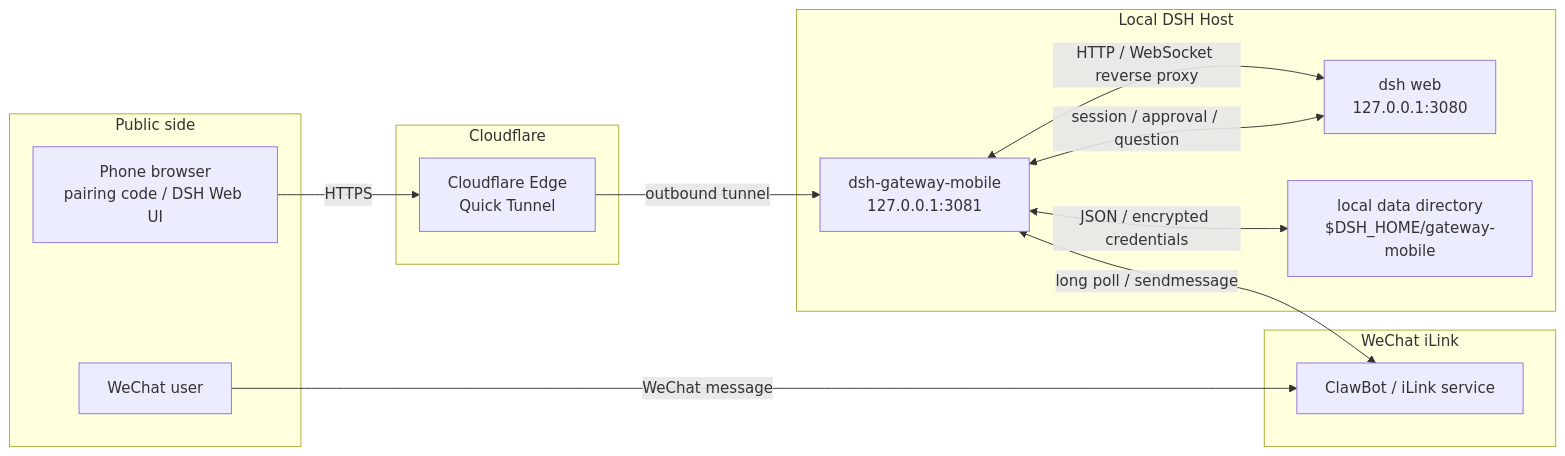
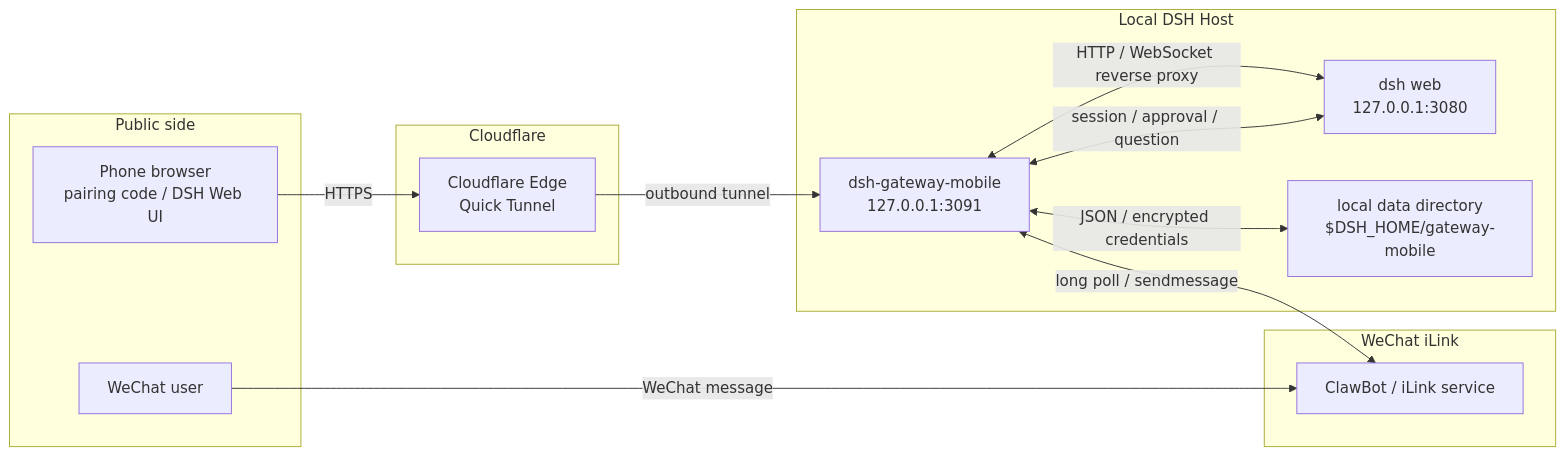
Before and after one commit to open2ai/dsh-gateway-mobile: the first of 10 diagrams in docs/architecture-flow.md, drawn with Mermaid. The commit also changed other lines of this file and 39 other files, not shown here.

````diff
--- a/docs/architecture-flow.md
+++ b/docs/architecture-flow.md
@@ -24,29 +24,29 @@
 ```mermaid
 flowchart LR
   subgraph Public["Public side"]
     Phone["Phone browser<br/>pairing code / DSH Web UI"]
     WeChatUser["WeChat user"]
   end
 
   subgraph CF["Cloudflare"]
     Edge["Cloudflare Edge<br/>Quick Tunnel"]
   end
 
   subgraph ILink["WeChat iLink"]
     WX["ClawBot / iLink service"]
   end
 
   subgraph Host["Local DSH Host"]
-    GW["dsh-gateway-mobile<br/>127.0.0.1:3081"]
+    GW["dsh-gateway-mobile<br/>127.0.0.1:3091"]
     DSH["dsh web<br/>127.0.0.1:3080"]
     FS["local data directory<br/>$DSH_HOME/gateway-mobile"]
   end
 
   Phone -->|HTTPS| Edge
   Edge -->|outbound tunnel| GW
   WeChatUser -->|WeChat message| WX
   GW <-->|long poll / sendmessage| WX
   GW <-->|HTTP / WebSocket reverse proxy| DSH
   GW <-->|JSON / encrypted credentials| FS
   DSH <-->|session / approval / question| GW
 ```
````
